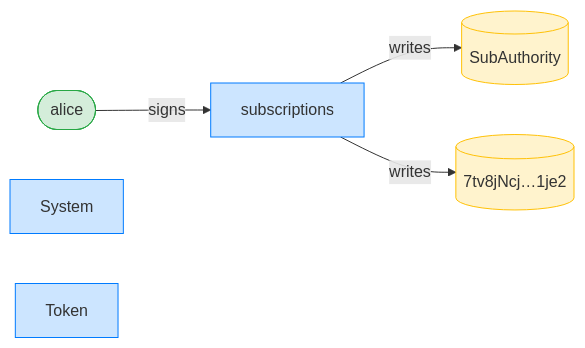
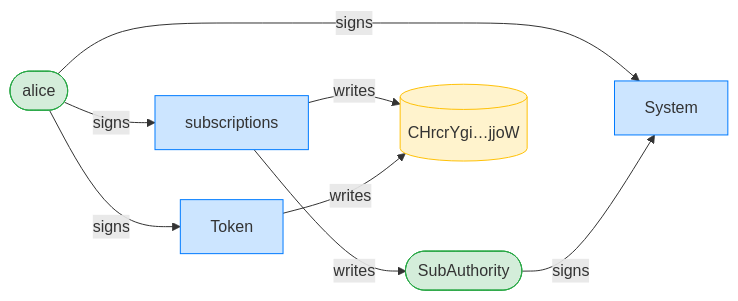
The third of 12 diagrams in dsl_tests/fixed-transfer-within-the-drift-window-succeeds.md (cds-rs/subscriptions), drawn with Mermaid before and after one commit. The commit also changed other lines of this file and 224 other files, not shown here.

````diff
--- a/dsl_tests/fixed-transfer-within-the-drift-window-succeeds.md
+++ b/dsl_tests/fixed-transfer-within-the-drift-window-succeeds.md
@@ -55,15 +56,19 @@
 ```mermaid
 flowchart LR
     classDef signer fill:#d4edda,stroke:#28a745;
     classDef program fill:#cce5ff,stroke:#007bff;
     classDef writable fill:#fff3cd,stroke:#ffc107;
     subscriptions[subscriptions]:::program
     alice([alice]):::signer
-    SubAuthority[(SubAuthority)]:::writable
-    7tv8jNcj_1je2[("7tv8jNcj…1je2")]:::writable
+    SubAuthority([SubAuthority]):::signer
+    CHrcrYgi_jjoW[("CHrcrYgi…jjoW")]:::writable
     System[System]:::program
     Token[Token]:::program
     alice -->|signs| subscriptions
+    alice -->|signs| System
+    SubAuthority -->|signs| System
+    alice -->|signs| Token
     subscriptions -->|writes| SubAuthority
-    subscriptions -->|writes| 7tv8jNcj_1je2
+    subscriptions -->|writes| CHrcrYgi_jjoW
+    Token -->|writes| CHrcrYgi_jjoW
 ```
````
